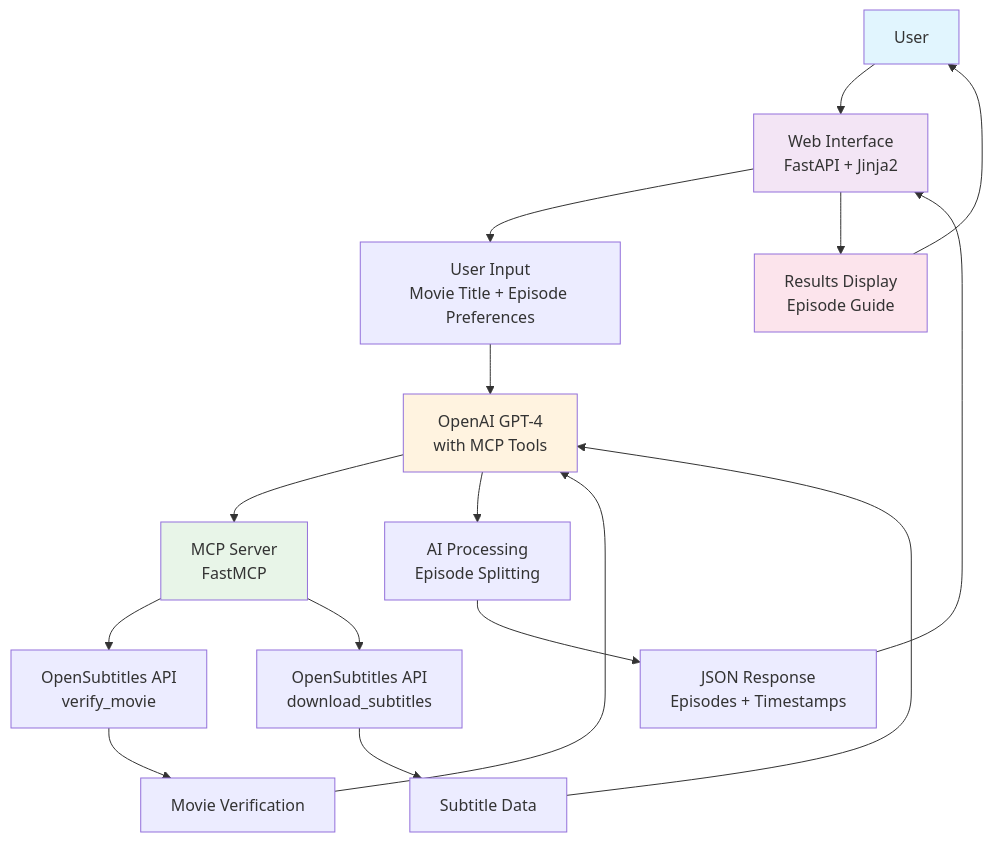
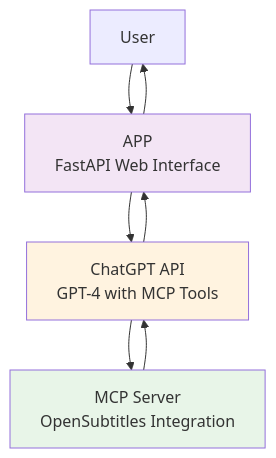
One commit to yoavrichter30/CineChunks changed the diagram in README.md. Above: the diagram before and after it, drawn with Mermaid.

Commit message:
simpler mermaid

````diff
--- a/README.md
+++ b/README.md
@@ -7,28 +7,13 @@
 ```mermaid
 graph TD
-    A[User] --> B[Web Interface<br/>FastAPI + Jinja2]
-    B --> C[User Input<br/>Movie Title + Episode Preferences]
-    C --> D[OpenAI GPT-4<br/>with MCP Tools]
+    A[User] --> B[APP<br/>FastAPI Web Interface]
+    B --> C[ChatGPT API<br/>GPT-4 with MCP Tools]
+    C --> D[MCP Server<br/>OpenSubtitles Integration]
+    D --> C
+    C --> B
+    B --> A
     
-    D --> E[MCP Server<br/>FastMCP]
-    E --> F[OpenSubtitles API<br/>verify_movie]
-    E --> G[OpenSubtitles API<br/>download_subtitles]
-    
-    F --> H[Movie Verification]
-    G --> I[Subtitle Data]
-    
-    H --> D
-    I --> D
-    
-    D --> J[AI Processing<br/>Episode Splitting]
-    J --> K[JSON Response<br/>Episodes + Timestamps]
-    K --> B
-    B --> L[Results Display<br/>Episode Guide]
-    L --> A
-    
-    style A fill:#e1f5fe
     style B fill:#f3e5f5
-    style D fill:#fff3e0
-    style E fill:#e8f5e8
-    style L fill:#fce4ec
+    style C fill:#fff3e0
+    style D fill:#e8f5e8
 ```
````
